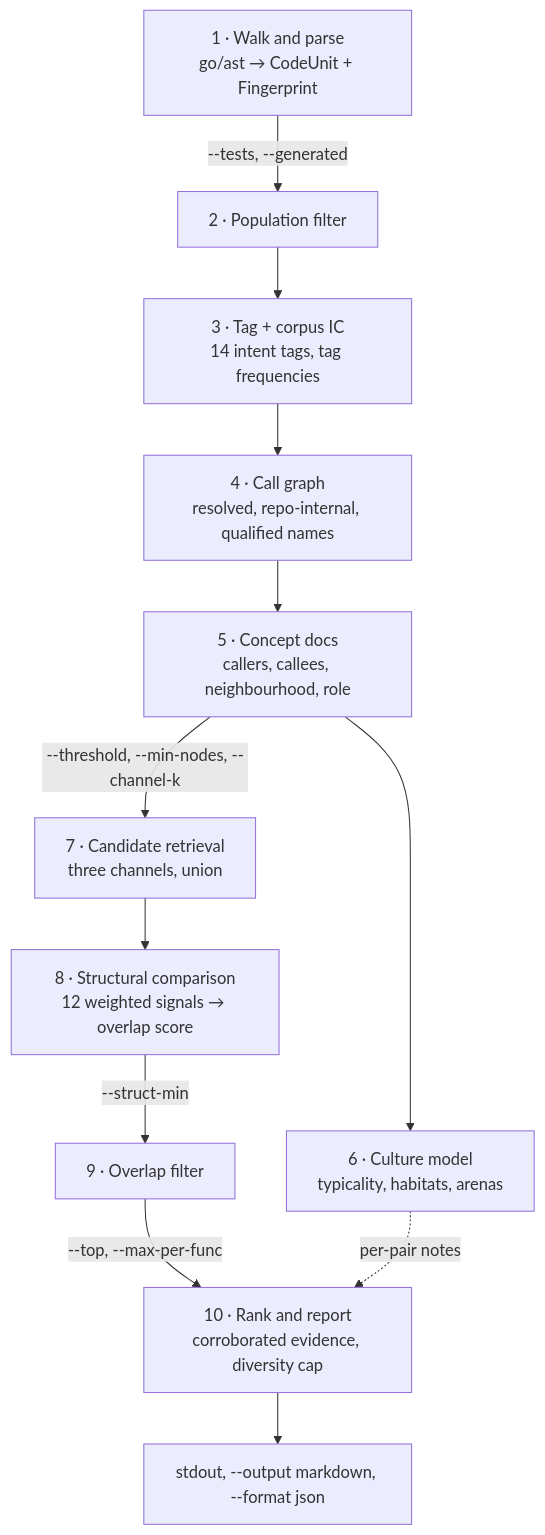
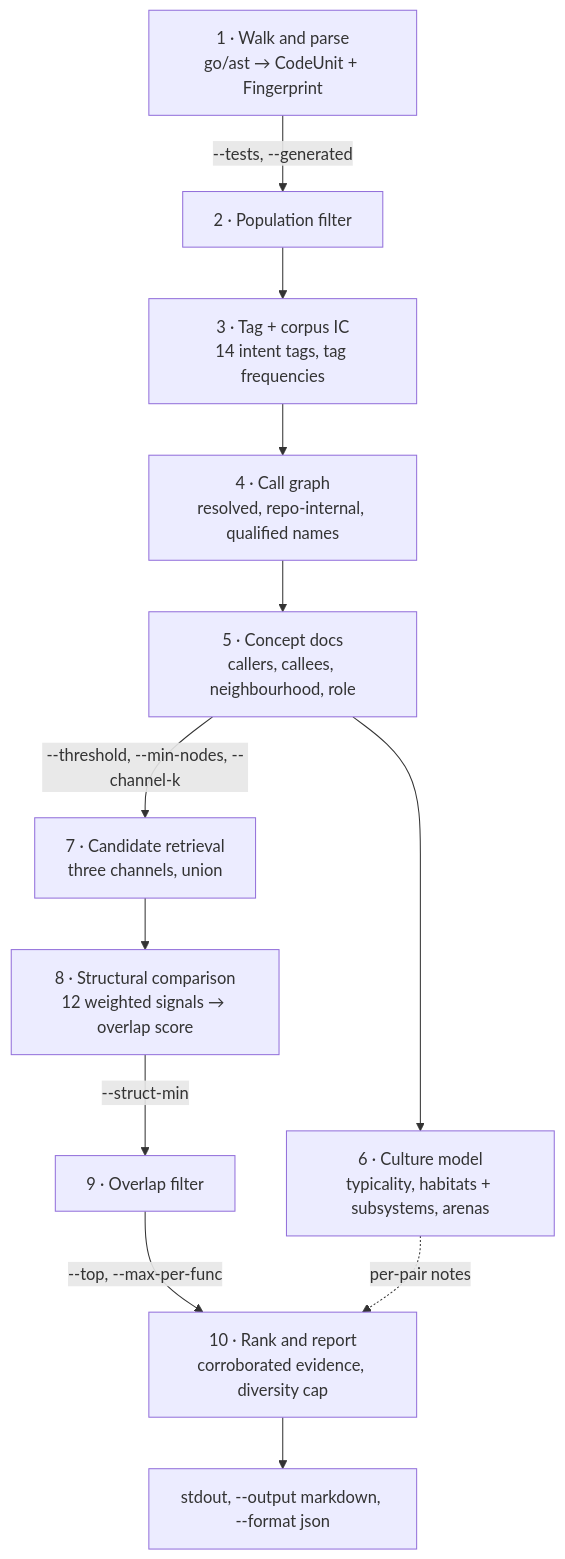
Before and after one commit to LukasSelin/doppel: the first of 7 diagrams in .github/wiki/how-it-works.md, drawn with Mermaid. The commit also changed other lines of this file and 17 other files, not shown here.

````diff
--- a/.github/wiki/how-it-works.md
+++ b/.github/wiki/how-it-works.md
@@ -9,24 +9,24 @@
 ```mermaid
 flowchart TD
     parse["1 · Walk and parse<br/>go/ast → CodeUnit + Fingerprint"]
     pop["2 · Population filter"]
     tag["3 · Tag + corpus IC<br/>14 intent tags, tag frequencies"]
     cg["4 · Call graph<br/>resolved, repo-internal, qualified names"]
     docs["5 · Concept docs<br/>callers, callees, neighbourhood, role"]
-    cult["6 · Culture model<br/>typicality, habitats, arenas"]
+    cult["6 · Culture model<br/>typicality, habitats + subsystems, arenas"]
     ret["7 · Candidate retrieval<br/>three channels, union"]
     cmp["8 · Structural comparison<br/>12 weighted signals → overlap score"]
     filt["9 · Overlap filter"]
     rank["10 · Rank and report<br/>corroborated evidence, diversity cap"]
     out["stdout, --output markdown, --format json"]
 
     parse -->|"--tests, --generated"| pop
     pop --> tag --> cg --> docs
     docs --> cult
     docs -->|"--threshold, --min-nodes, --channel-k"| ret
     ret --> cmp
     cmp -->|"--struct-min"| filt
     filt -->|"--top, --max-per-func"| rank
     cult -.->|"per-pair notes"| rank
     rank --> out
 ```
````
